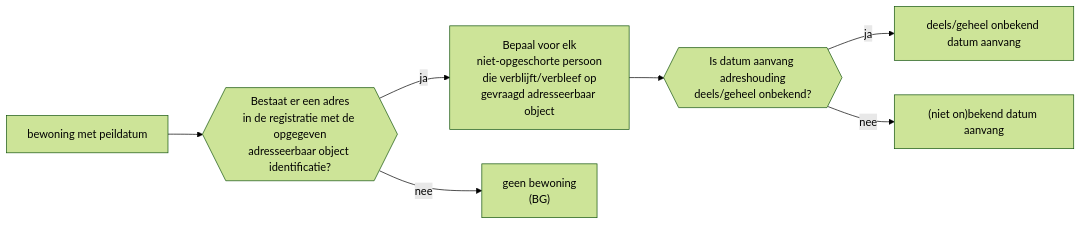
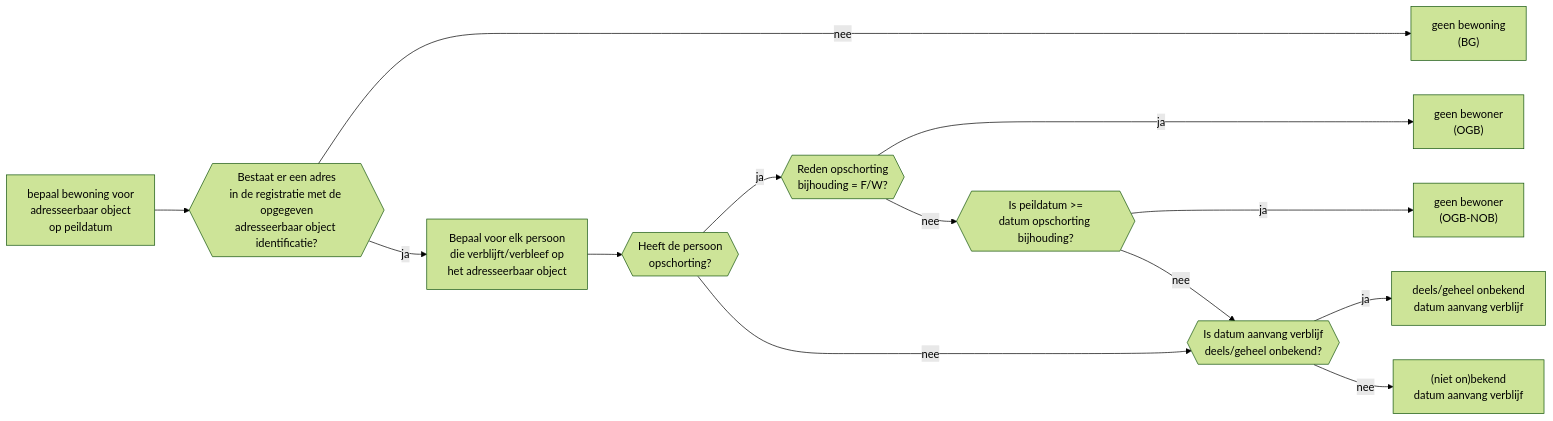
One commit to BRP-API/Haal-Centraal-BRP-bewoning changed the first of 2 diagrams in docs/bewoning-op-peildatum.md. Above: the diagram before and after it, drawn with Mermaid (forest theme). The commit also changed other lines of this file and 2 other files, not shown here.

Commit message:
chore(specs): opschorting bijhouding scenarios toegevoegd aan flowchart

````diff
--- a/docs/bewoning-op-peildatum.md
+++ b/docs/bewoning-op-peildatum.md
@@ -1,29 +1,54 @@
 ```mermaid
 flowchart LR
 
-A[bewoning met peildatum]
+A["bepaal bewoning voor
+adresseerbaar object
+op peildatum"]
 A --> A0
 
 A0{{"Bestaat er een adres
 in de registratie met de opgegeven
 adresseerbaar object identificatie?"}}
+A0 -- nee -------> BG
 A0 -- ja --> A1
-A0 -- nee --> BG
 
-A1["Bepaal voor elk
-niet-opgeschorte persoon
+A1["Bepaal voor elk persoon
 die verblijft/verbleef op
-gevraagd adresseerbaar object"]
+het adresseerbaar object"]
 A1 --> A2
 
-A2{{"Is datum aanvang adreshouding
+A2{{"Heeft de persoon
+opschorting?"}}
+A2 -- ja --> A3
+A2 -- nee --> A5
+
+A3{{"Reden opschorting
+bijhouding = F/W?"}}
+A3 -- ja ----> OGB
+A3 -- nee --> A4
+
+A4{{"Is peildatum >=
+datum opschorting bijhouding?"}}
+A4 -- ja ---> OGB-NOB
+A4 -- nee --> A5
+
+A5{{"Is datum aanvang verblijf
 deels/geheel onbekend?"}}
-A2 -- ja --> DGO[deels/geheel onbekend datum aanvang]
-A2 -- nee --> NO["(niet on)bekend datum aanvang"]
-
+A5 -- ja --> DGO["deels/geheel onbekend
+datum aanvang verblijf"]
+A5 -- nee --> NO["(niet on)bekend
+datum aanvang verblijf"]
 
 BG["geen bewoning
 (BG)"]
 %% opgegeven adresseerbaar object bestaat niet/is niet geregistreerd in de BRP %%
 
+OGB["geen bewoner
+(OGB)"]
+%% persoon met reden opschorting bijhouding 'F' of 'W' %%
+
+OGB-NOB["geen bewoner
+(OGB-NOB)"]
+%% persoon met reden opschorting bijhouding ongelijk aan 'F' of 'W' en peildatum valt op/na datum opschorting bijhouding %%
+
 ```
````
